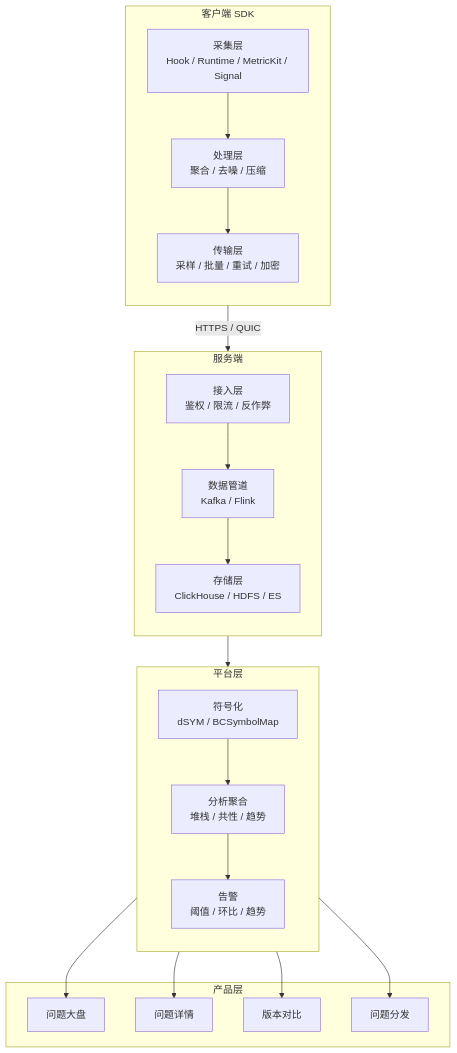
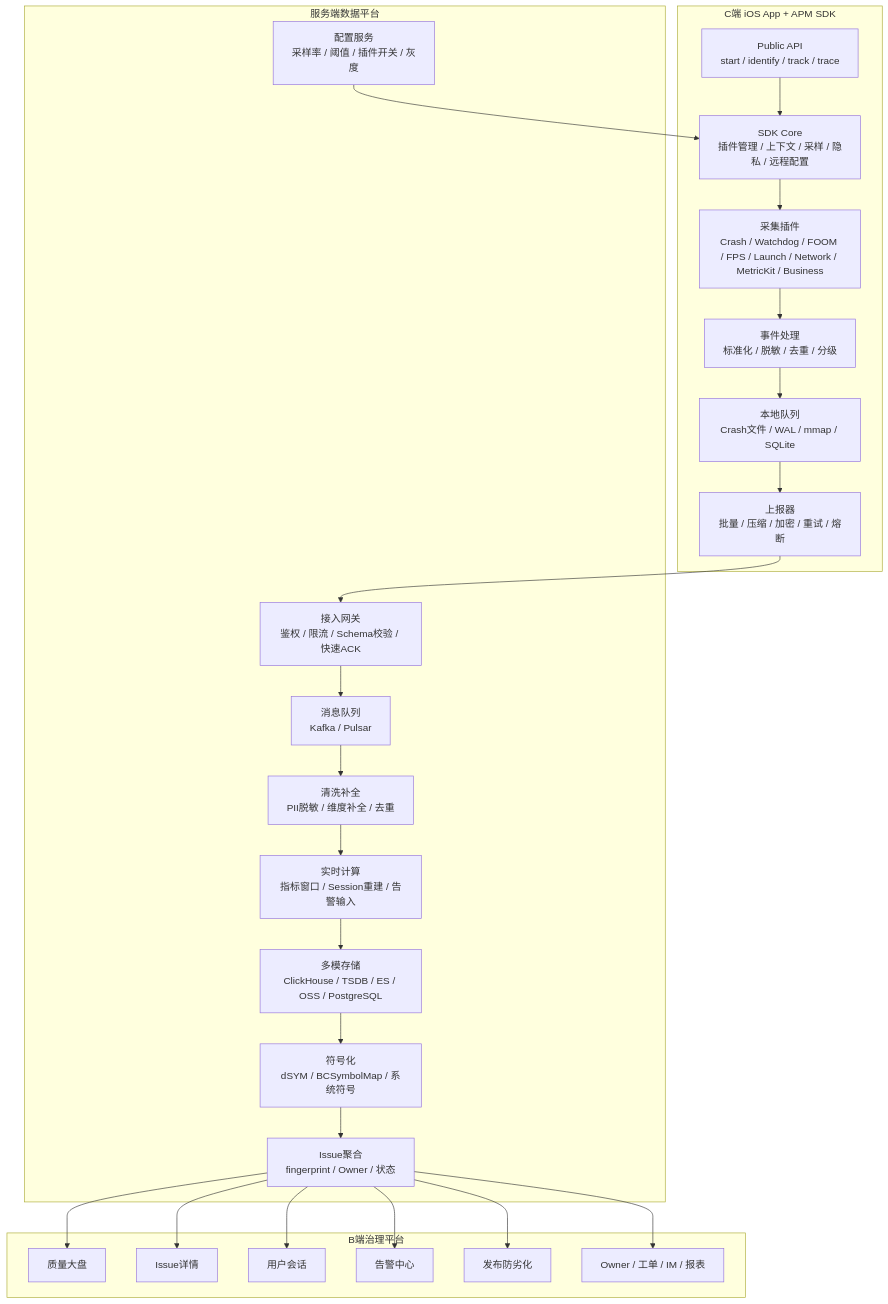
One commit to XiyouMobile3G-iOS/awesome-ios-interview changed the third of 3 diagrams in articles/ios-advanced/APM/APM.md. Above: the diagram before and after it, drawn with Mermaid. The commit also changed other lines of this file and 12 other files, not shown here.

````diff
--- a/articles/ios-advanced/APM/APM.md
+++ b/articles/ios-advanced/APM/APM.md
@@ -156,36 +246,37 @@
 ```mermaid
 flowchart TB
-    subgraph Client[客户端 SDK]
-        direction TB
-        Collect[采集层<br/>Hook / Runtime / MetricKit / Signal]
-        Process[处理层<br/>聚合 / 去噪 / 压缩]
-        Transport[传输层<br/>采样 / 批量 / 重试 / 加密]
+    subgraph Client["C端 iOS App + APM SDK"]
+        API["Public API<br/>start / identify / track / trace"]
+        Core["SDK Core<br/>插件管理 / 上下文 / 采样 / 隐私 / 远程配置"]
+        Plugins["采集插件<br/>Crash / Watchdog / FOOM / FPS / Launch / Network / MetricKit / Business"]
+        Processor["事件处理<br/>标准化 / 脱敏 / 去重 / 分级"]
+        Store["本地队列<br/>Crash文件 / WAL / mmap / SQLite"]
+        Upload["上报器<br/>批量 / 压缩 / 加密 / 重试 / 熔断"]
     end
 
-    subgraph Server[服务端]
-        direction TB
-        Ingest[接入层<br/>鉴权 / 限流 / 反作弊]
-        Pipeline[数据管道<br/>Kafka / Flink]
-        Storage[存储层<br/>ClickHouse / HDFS / ES]
+    subgraph Server["服务端数据平台"]
+        Gateway["接入网关<br/>鉴权 / 限流 / Schema校验 / 快速ACK"]
+        Queue["消息队列<br/>Kafka / Pulsar"]
+        Clean["清洗补全<br/>PII脱敏 / 维度补全 / 去重"]
+        Stream["实时计算<br/>指标窗口 / Session重建 / 告警输入"]
+        Stores["多模存储<br/>ClickHouse / TSDB / ES / OSS / PostgreSQL"]
+        Symbol["符号化<br/>dSYM / BCSymbolMap / 系统符号"]
+        Issue["Issue聚合<br/>fingerprint / Owner / 状态"]
+        Config["配置服务<br/>采样率 / 阈值 / 插件开关 / 灰度"]
     end
 
-    subgraph Platform[平台层]
-        direction TB
-        Symbolicate[符号化<br/>dSYM / BCSymbolMap]
-        Analytics[分析聚合<br/>堆栈 / 共性 / 趋势]
-        Alert[告警<br/>阈值 / 环比 / 趋势]
+    subgraph Console["B端治理平台"]
+        Dashboard["质量大盘"]
+        Detail["Issue详情"]
+        Session["用户会话"]
+        Alert["告警中心"]
+        Release["发布防劣化"]
+        Workflow["Owner / 工单 / IM / 报表"]
     end
 
-    subgraph Product[产品层]
-        Dashboard[问题大盘]
-        Detail[问题详情]
-        Compare[版本对比]
-        Push[问题分发]
-    end
-
-    Collect --> Process --> Transport
-    Transport -->|HTTPS / QUIC| Ingest
-    Ingest --> Pipeline --> Storage
-    Storage --> Symbolicate --> Analytics --> Alert
-    Analytics --> Dashboard & Detail & Compare & Push
+    API --> Core --> Plugins --> Processor --> Store --> Upload
+    Upload --> Gateway --> Queue --> Clean --> Stream --> Stores
+    Stores --> Symbol --> Issue
+    Issue --> Dashboard & Detail & Session & Alert & Release & Workflow
+    Config --> Core
 ```
````
